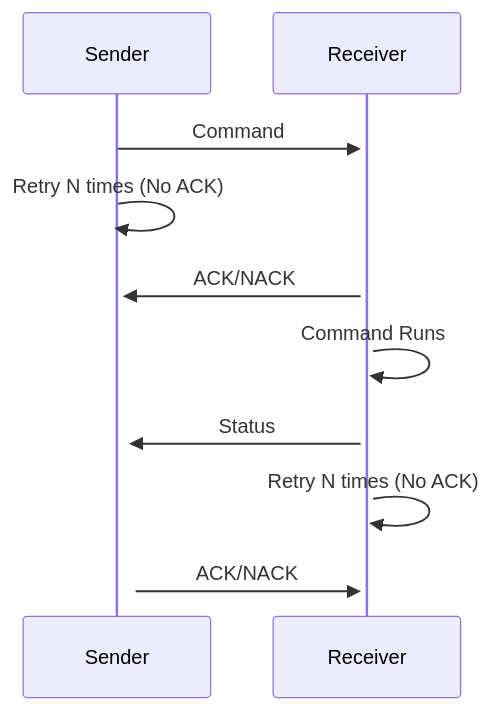
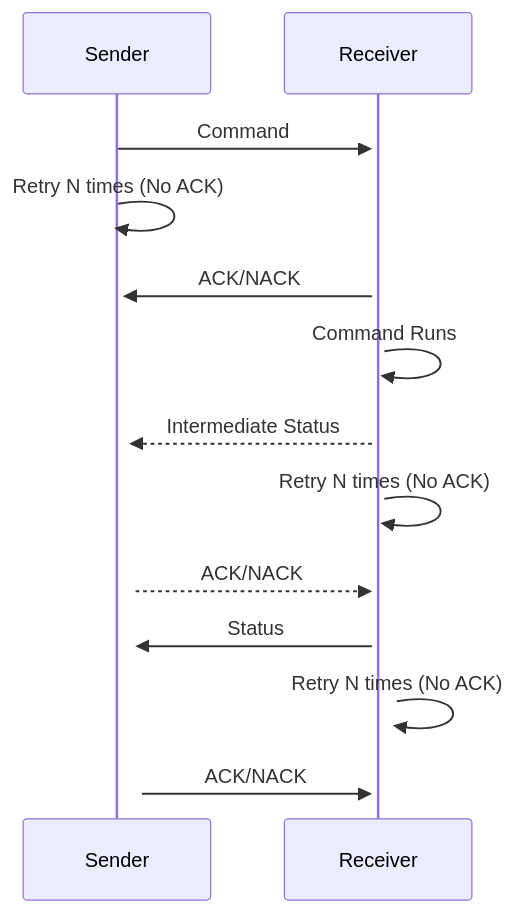
The diagram in PROTOCOL.md (hanseltime/hanseltime-janus-simple-command), drawn with Mermaid before and after one commit. The commit also changed other lines of this file and 1 other file, not shown here.

````diff
--- a/PROTOCOL.md
+++ b/PROTOCOL.md
@@ -13,10 +13,13 @@
 ```mermaid
 sequenceDiagram
     Sender->>+Receiver: Command
     Sender->>+Sender: Retry N times (No ACK)
     Receiver->>+Sender: ACK/NACK
     Receiver->>Receiver: Command Runs
+    Receiver-->>+Sender: Intermediate Status
+    Receiver->>+Receiver: Retry N times (No ACK)
+    Sender-->>+Receiver: ACK/NACK
     Receiver->>+Sender: Status
     Receiver->>+Receiver: Retry N times (No ACK)
     Sender->>+Receiver: ACK/NACK
 ```
````
